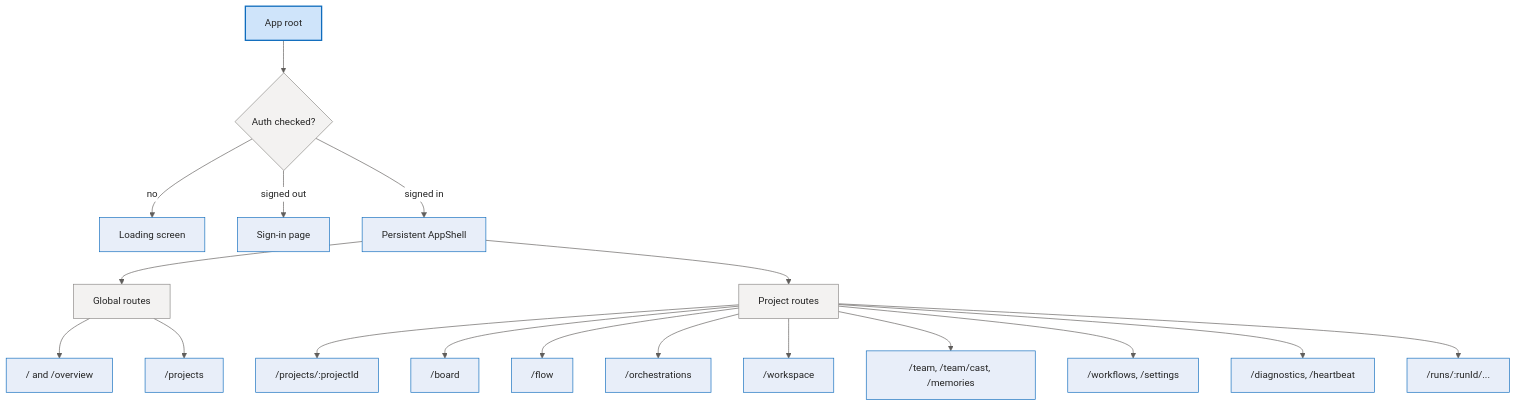
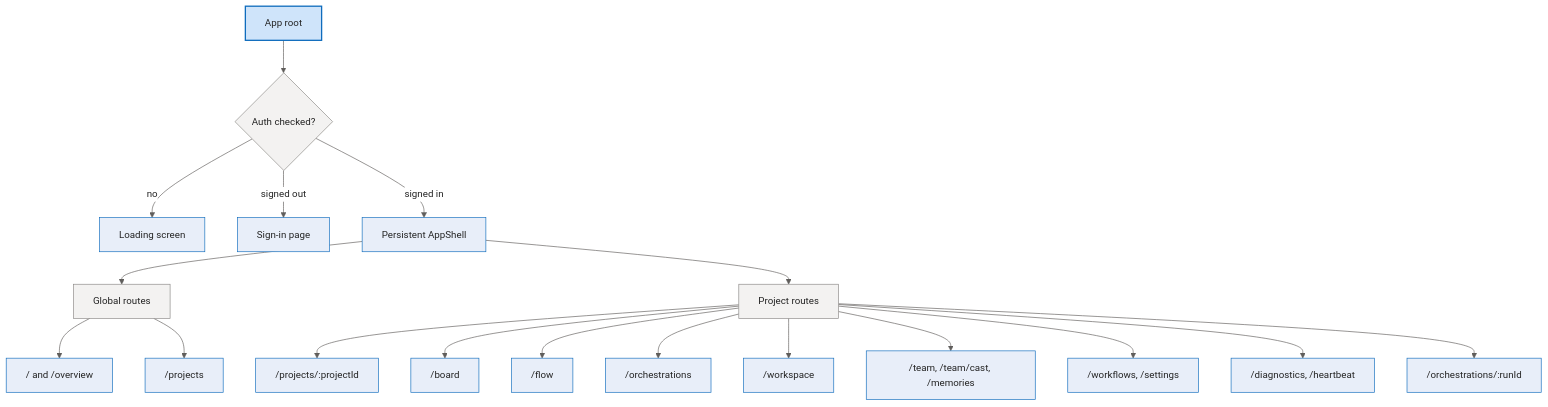
One commit to sabbour/agentweaver changed the second of 7 diagrams in docs/deep-dive/frontend.md. Above: the diagram before and after it, drawn with Mermaid. The commit also changed other lines of this file and 177 other files, not shown here.

````diff
--- a/docs/deep-dive/frontend.md
+++ b/docs/deep-dive/frontend.md
@@ -145,36 +145,36 @@
 ```mermaid
 %%{init: {'theme':'base','themeVariables':{'fontFamily':'Segoe UI, system-ui, -apple-system, sans-serif','fontSize':'15px','primaryColor':'#E8EEF9','primaryBorderColor':'#0F6CBD','primaryTextColor':'#242424','lineColor':'#605E5C','clusterBkg':'#FAF9F8','clusterBorder':'#D2D0CE','edgeLabelBackground':'#FFFFFF'}}}%%
 flowchart TD
     App[App root] --> Auth{Auth checked?}
     Auth -->|no| Spinner[Loading screen]
     Auth -->|signed out| SignIn[Sign-in page]
     Auth -->|signed in| Shell[Persistent AppShell]
 
     Shell --> Global[Global routes]
     Shell --> Project[Project routes]
 
     Global --> Overview["/ and /overview"]
     Global --> Projects["/projects"]
 
     Project --> Dashboard["/projects/:projectId"]
     Project --> Board["/board"]
     Project --> Flow["/flow"]
     Project --> Orchestrations["/orchestrations"]
     Project --> Workspace["/workspace"]
     Project --> Squad["/team, /team/cast, /memories"]
     Project --> Operations["/workflows, /settings"]
     Project --> System["/diagnostics, /heartbeat"]
-    Project --> Runs["/runs/:runId/..."]
+    Project --> Runs["/orchestrations/:runId"]
 
     classDef client fill:#E8EEF9,stroke:#0F6CBD,stroke-width:1px,color:#242424;
     classDef svc fill:#F3F2F1,stroke:#8A8886,stroke-width:1px,color:#242424;
     classDef core fill:#CFE4FA,stroke:#0F6CBD,stroke-width:2px,color:#242424;
     classDef data fill:#FFF4CE,stroke:#C19C00,stroke-width:1px,color:#242424;
     classDef ext fill:#F0E8F8,stroke:#8764B8,stroke-width:1px,color:#242424;
     classDef runtime fill:#DDF3DD,stroke:#107C10,stroke-width:1px,color:#242424;
     classDef evt fill:#D6F0F0,stroke:#038387,stroke-width:1px,color:#242424;
 
     class App core;
     class Auth,Global,Project svc;
     class Spinner,SignIn,Shell,Overview,Projects,Dashboard,Board,Flow,Orchestrations,Workspace,Squad,Operations,System,Runs client;
 ```
````
